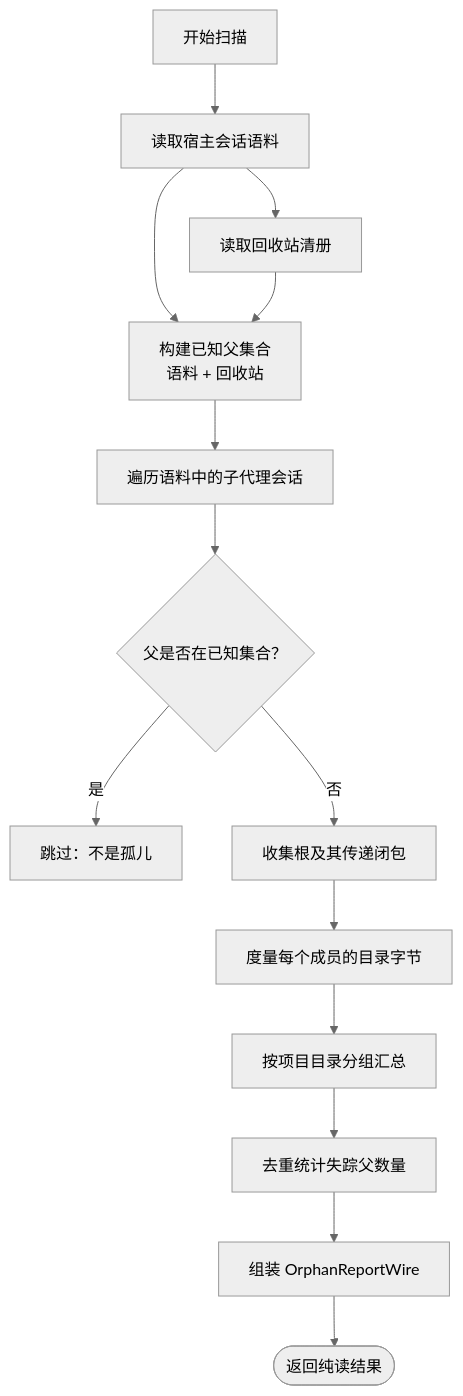
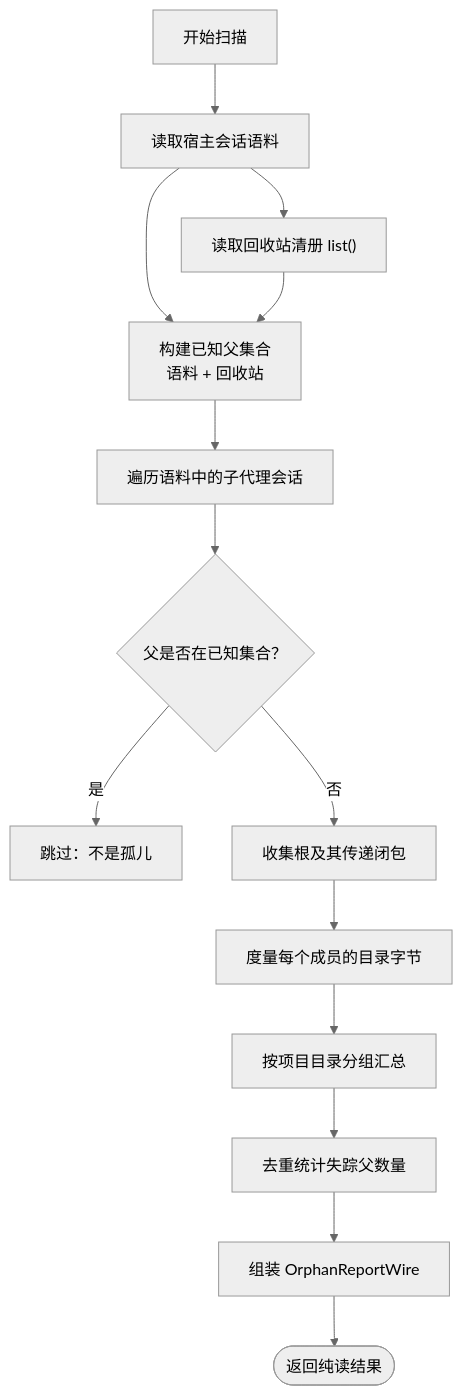
One commit to xrn1997/dsh-session-delete changed the first of 2 diagrams in .qoder/repowiki/zh/content/API 参考/GET _orphans — 无主子会话扫描报告.md. Above: the diagram before and after it, drawn with Mermaid (neutral theme). The commit also changed other lines of this file and 36 other files, not shown here.

````diff
--- a/.qoder/repowiki/zh/content/API 参考/GET _orphans — 无主子会话扫描报告.md
+++ b/.qoder/repowiki/zh/content/API 参考/GET _orphans — 无主子会话扫描报告.md
@@ -66,16 +80,16 @@
 ```mermaid
 flowchart TD
     Start["开始扫描"] --> LoadCorpus["读取宿主会话语料"]
-    LoadCorpus --> LoadTrash["读取回收站清册"]
+    LoadCorpus --> LoadTrash["读取回收站清册 list()"]
     LoadCorpus --> BuildKnown["构建已知父集合<br/>语料 + 回收站"]
     LoadTrash --> BuildKnown
     BuildKnown --> ScanSessions["遍历语料中的子代理会话"]
     ScanSessions --> CheckParent{"父是否在已知集合？"}
     CheckParent -->|"是"| Skip["跳过：不是孤儿"]
     CheckParent -->|"否"| CollectGroup["收集根及其传递闭包"]
     CollectGroup --> Measure["度量每个成员的目录字节"]
     Measure --> GroupByProject["按项目目录分组汇总"]
     GroupByProject --> DedupParents["去重统计失踪父数量"]
     DedupParents --> Report["组装 OrphanReportWire"]
     Report --> End(["返回纯读结果"])
 ```
````
